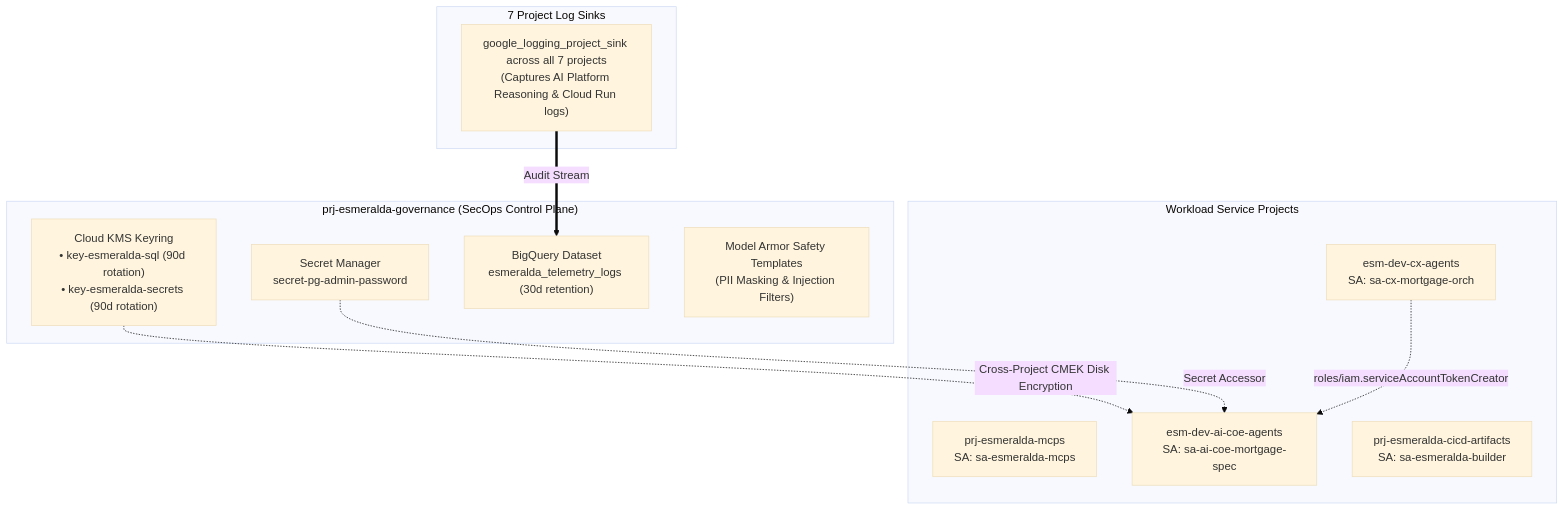
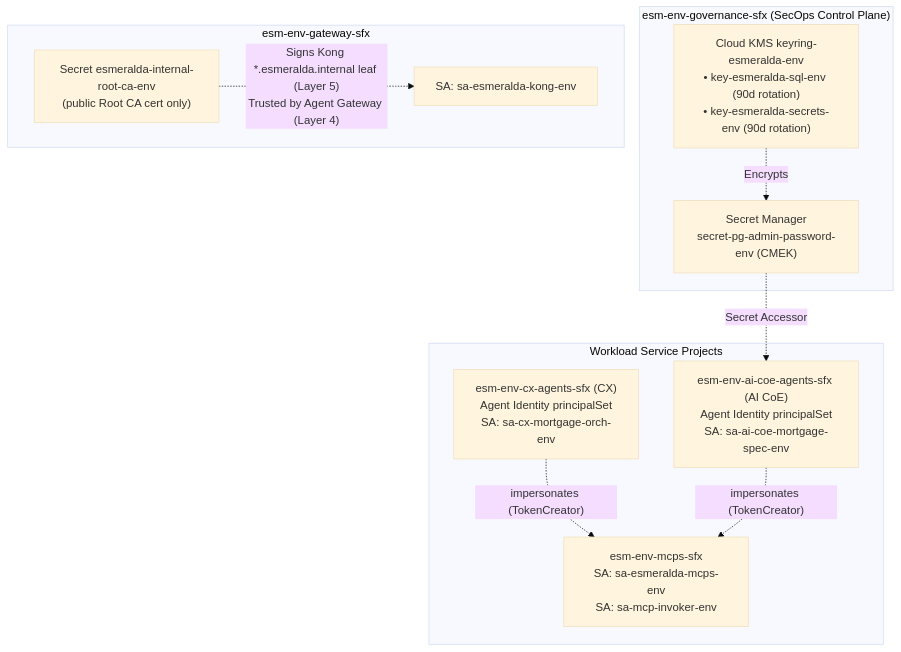
One commit to google/esmeralda changed the diagram in docs/1-platform-foundations/03-security-iam-and-telemetry.md. Above: the diagram before and after it, drawn with Mermaid (base theme). The commit also changed other lines of this file and 15 other files, not shown here.

First line of the commit message:
docs: revise all docs for team-based names and current architecture

````diff
--- a/docs/1-platform-foundations/03-security-iam-and-telemetry.md
+++ b/docs/1-platform-foundations/03-security-iam-and-telemetry.md
@@ -52,25 +67,24 @@
 ```mermaid
 flowchart TD
-    subgraph Gov["prj-esmeralda-governance (SecOps Control Plane)"]
-        KMS["Cloud KMS Keyring<br/>• key-esmeralda-sql (90d rotation)<br/>• key-esmeralda-secrets (90d rotation)"]
-        Secrets["Secret Manager<br/>secret-pg-admin-password"]
-        BQ["BigQuery Dataset<br/>esmeralda_telemetry_logs (30d retention)"]
-        Armor["Model Armor Safety Templates<br/>(PII Masking & Injection Filters)"]
+    subgraph Gov["esm-env-governance-sfx (SecOps Control Plane)"]
+        KMS["Cloud KMS keyring-esmeralda-env<br/>• key-esmeralda-sql-env (90d rotation)<br/>• key-esmeralda-secrets-env (90d rotation)"]
+        Secrets["Secret Manager<br/>secret-pg-admin-password-env (CMEK)"]
+    end
+
+    subgraph GW["esm-env-gateway-sfx"]
+        CA["Secret esmeralda-internal-root-ca-env<br/>(public Root CA cert only)"]
+        KongSA["SA: sa-esmeralda-kong-env"]
     end
 
     subgraph Workloads["Workload Service Projects"]
-        P_MCPS["prj-esmeralda-mcps<br/>SA: sa-esmeralda-mcps"]
-        P_A2A["esm-dev-ai-coe-agents<br/>SA: sa-ai-coe-mortgage-spec"]
-        P_Root["esm-dev-cx-agents<br/>SA: sa-cx-mortgage-orch"]
-        P_CI["prj-esmeralda-cicd-artifacts<br/>SA: sa-esmeralda-builder"]
+        P_MCPS["esm-env-mcps-sfx<br/>SA: sa-esmeralda-mcps-env<br/>SA: sa-mcp-invoker-env"]
+        P_AICOE["esm-env-ai-coe-agents-sfx (AI CoE)<br/>Agent Identity principalSet<br/>SA: sa-ai-coe-mortgage-spec-env"]
+        P_CX["esm-env-cx-agents-sfx (CX)<br/>Agent Identity principalSet<br/>SA: sa-cx-mortgage-orch-env"]
     end
 
-    subgraph Sinks["7 Project Log Sinks"]
-        AllSinks["google_logging_project_sink across all 7 projects<br/>(Captures AI Platform Reasoning & Cloud Run logs)"]
-    end
-
-    KMS -.->|Cross-Project CMEK Disk Encryption| P_A2A
-    Secrets -.->|Secret Accessor| P_A2A
-    AllSinks ==>|Audit Stream| BQ
-    P_Root -.->|roles/iam.serviceAccountTokenCreator| P_A2A
+    KMS -.->|Encrypts| Secrets
+    Secrets -.->|Secret Accessor| P_AICOE
+    P_CX -.->|"impersonates (TokenCreator)"| P_MCPS
+    P_AICOE -.->|"impersonates (TokenCreator)"| P_MCPS
+    CA -.->|"Signs Kong *.esmeralda.internal leaf (Layer 5)<br/>Trusted by Agent Gateway (Layer 4)"| KongSA
 ```
````
